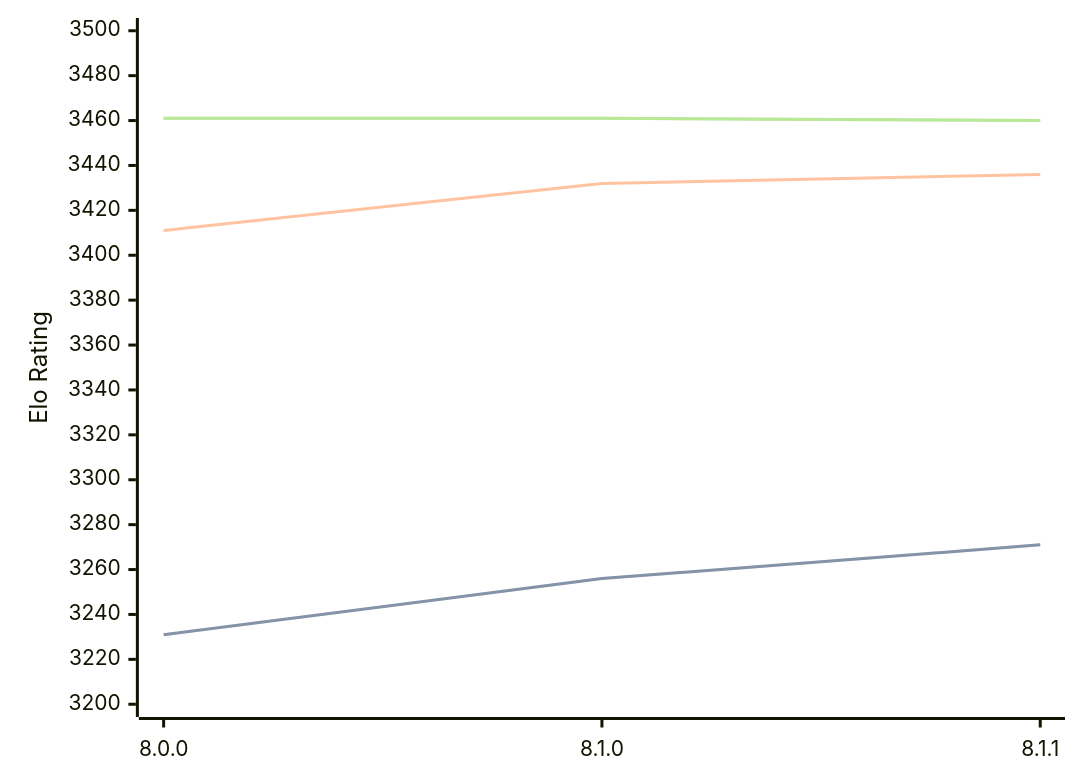
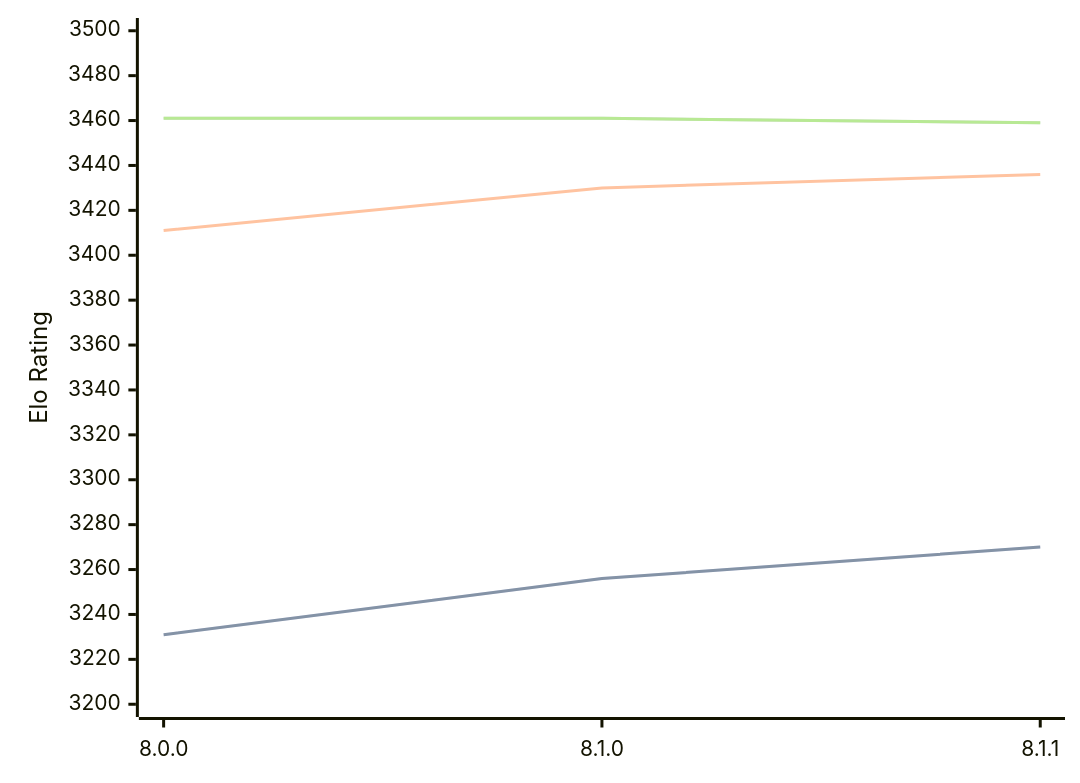
Before and after one commit to computer-chess-index/cci: the diagram in engines/Velvet.md, drawn with Mermaid. The commit also changed other lines of this file, not shown here.

Commit message:
Update CCI Ratings (ELO VLTC) - 2026-08-03

````diff
--- a/engines/Velvet.md
+++ b/engines/Velvet.md
@@ -57,11 +57,11 @@
 ```mermaid
 %%{init: {"theme":"base","themeVariables":{"seriesColors:['#a3a3a3','#222221','#faa371']}}}%%
 xychart-beta
   x-axis ["8.0.0", "8.1.0", "8.1.1"]
   y-axis "Elo Rating" 3200 --> 3500
-  line "STC (8.0+0.08s)" [3231, 3256, 3271]
-  line "STC (8.0+0.08s)" [3231, 3256, 3271]
-  line "LTC (60.0+0.60s)" [3411, 3432, 3436]
-  line "VLTC (2m24s+1.12s)" [3461, 3461, 3460]
-  line "VLTC (2m24s+1.12s)" [3461, 3461, 3460]
+  line "STC (8.0+0.08s)" [3231, 3256, 3270]
+  line "STC (8.0+0.08s)" [3231, 3256, 3270]
+  line "LTC (60.0+0.60s)" [3411, 3430, 3436]
+  line "VLTC (2m24s+1.12s)" [3461, 3461, 3459]
+  line "VLTC (2m24s+1.12s)" [3461, 3461, 3459]
 ```
````
